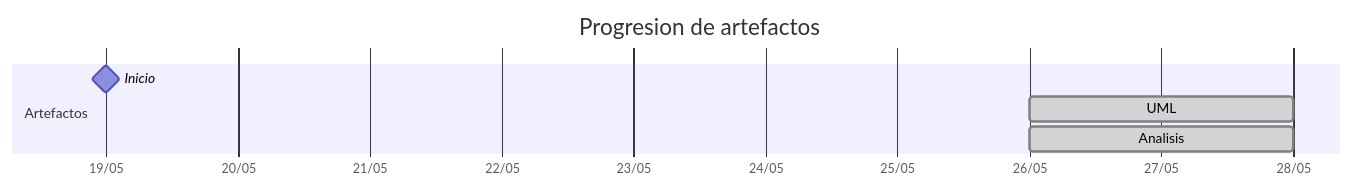
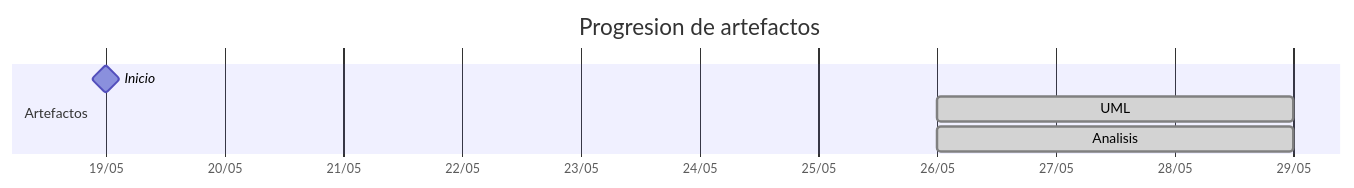
The diagram in TIMELINES/aeRomeroz.md (carlos-alvarado-25/25-26-idsw2-sdVC), drawn with Mermaid before and after one commit. The commit also changed other lines of this file and 25 other files, not shown here.

````diff
--- a/TIMELINES/aeRomeroz.md
+++ b/TIMELINES/aeRomeroz.md
@@ -15,10 +19,10 @@
 ```mermaid
 gantt
     title Progresion de artefactos
     dateFormat YYYY-MM-DD
     axisFormat %d/%m
     section Artefactos
         Inicio       :milestone, 2026-05-19, 0d
-        UML          :done, 2026-05-26, 2026-05-28
-        Analisis     :done, 2026-05-26, 2026-05-28
+        UML          :done, 2026-05-26, 2026-05-29
+        Analisis     :done, 2026-05-26, 2026-05-29
 ```
````
